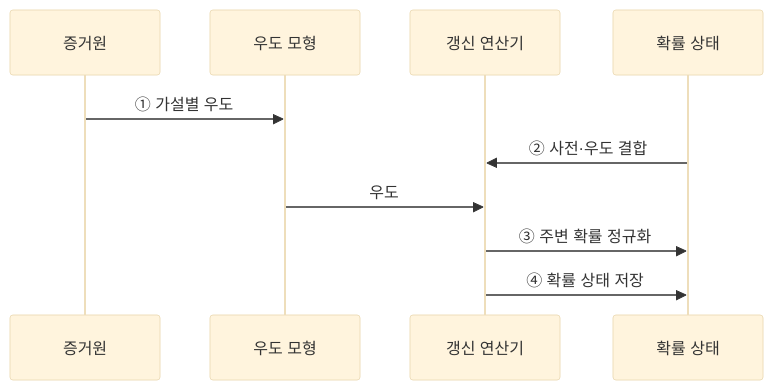
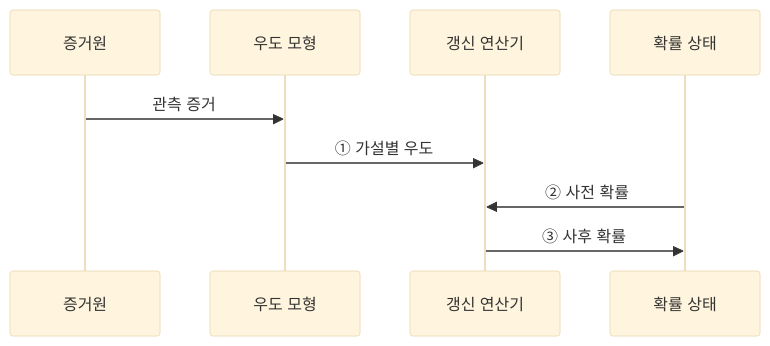
One commit to agnusdei1207/knowledge-base changed the third of 3 diagrams in src/content/docs/notes/01-basic-theory/031_bayes_theorem.md. Above: the diagram before and after it, drawn with Mermaid (base theme). The commit also changed other lines of this file and 10 other files, not shown here.

````diff
--- a/src/content/docs/notes/01-basic-theory/031_bayes_theorem.md
+++ b/src/content/docs/notes/01-basic-theory/031_bayes_theorem.md
@@ -103,12 +91,11 @@
 ```mermaid
 sequenceDiagram
     participant E as 증거원
     participant L as 우도 모형
     participant U as 갱신 연산기
     participant P as 확률 상태
-    E->>L: ① 가설별 우도
-    P->>U: ② 사전·우도 결합
-    L->>U: 우도
-    U->>P: ③ 주변 확률 정규화
-    U->>P: ④ 확률 상태 저장
+    E->>L: 관측 증거
+    L->>U: ① 가설별 우도
+    P->>U: ② 사전 확률
+    U->>P: ③ 사후 확률
 ```
````
